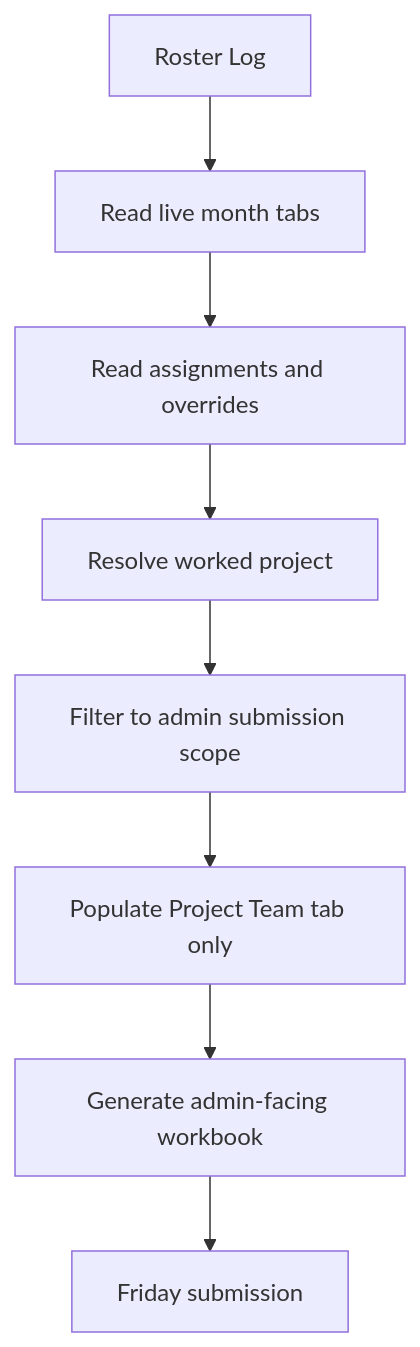
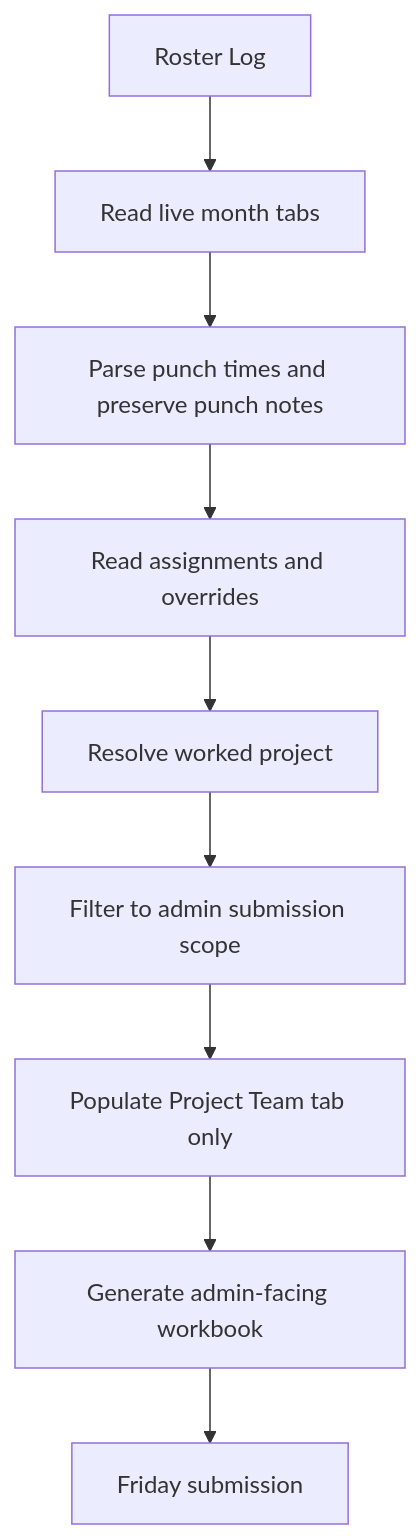
One commit to EndeavorEverlasting/web-excel-repair-triage changed the second of 5 diagrams in docs/BILLING_PIPELINE_DIRECTIONAL_CONTRACT.md. Above: the diagram before and after it, drawn with Mermaid. The commit also changed other lines of this file, not shown here.

Commit message:
docs: define note-tolerant punch parsing behavior

````diff
--- a/docs/BILLING_PIPELINE_DIRECTIONAL_CONTRACT.md
+++ b/docs/BILLING_PIPELINE_DIRECTIONAL_CONTRACT.md
@@ -34,10 +65,11 @@
 ```mermaid
 flowchart TD
     A["Roster Log"] --> B["Read live month tabs"]
-    B --> C["Read assignments and overrides"]
-    C --> D["Resolve worked project"]
-    D --> E["Filter to admin submission scope"]
-    E --> F["Populate Project Team tab only"]
-    F --> G["Generate admin-facing workbook"]
-    G --> H["Friday submission"]
+    B --> C["Parse punch times and preserve punch notes"]
+    C --> D["Read assignments and overrides"]
+    D --> E["Resolve worked project"]
+    E --> F["Filter to admin submission scope"]
+    F --> G["Populate Project Team tab only"]
+    G --> H["Generate admin-facing workbook"]
+    H --> I["Friday submission"]
 ```
````
